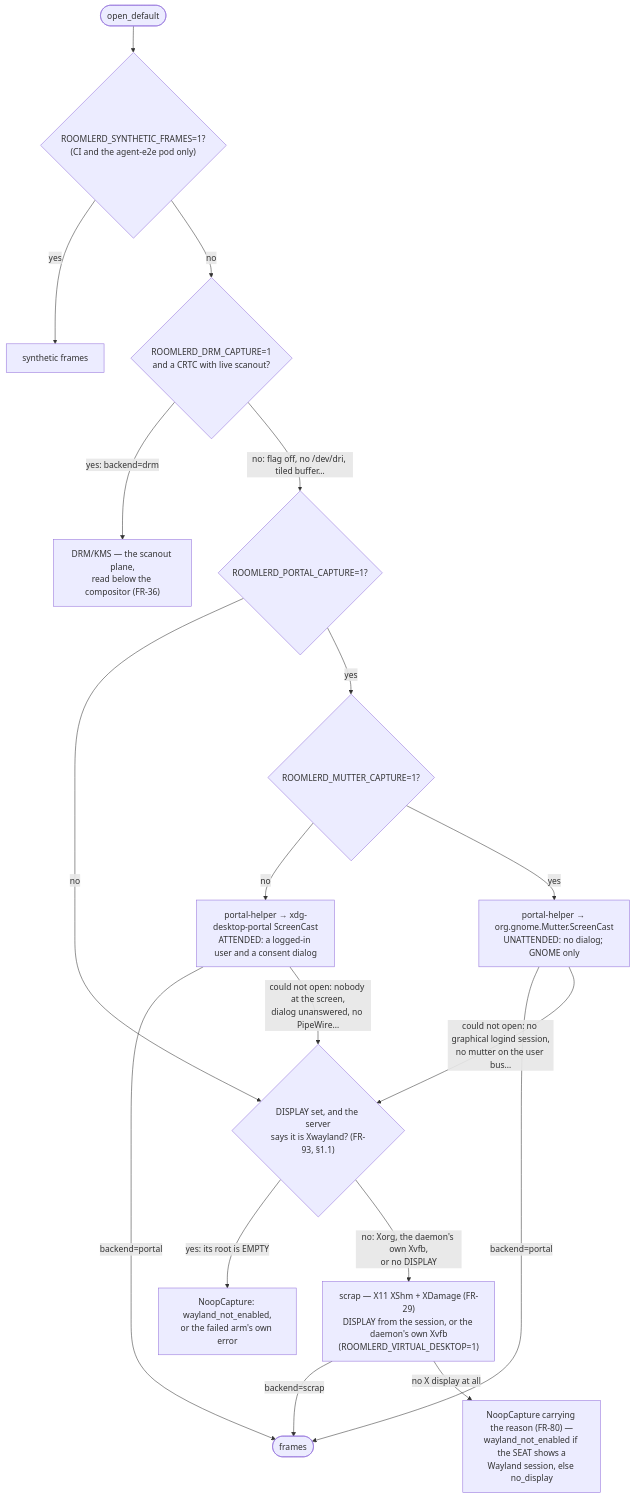
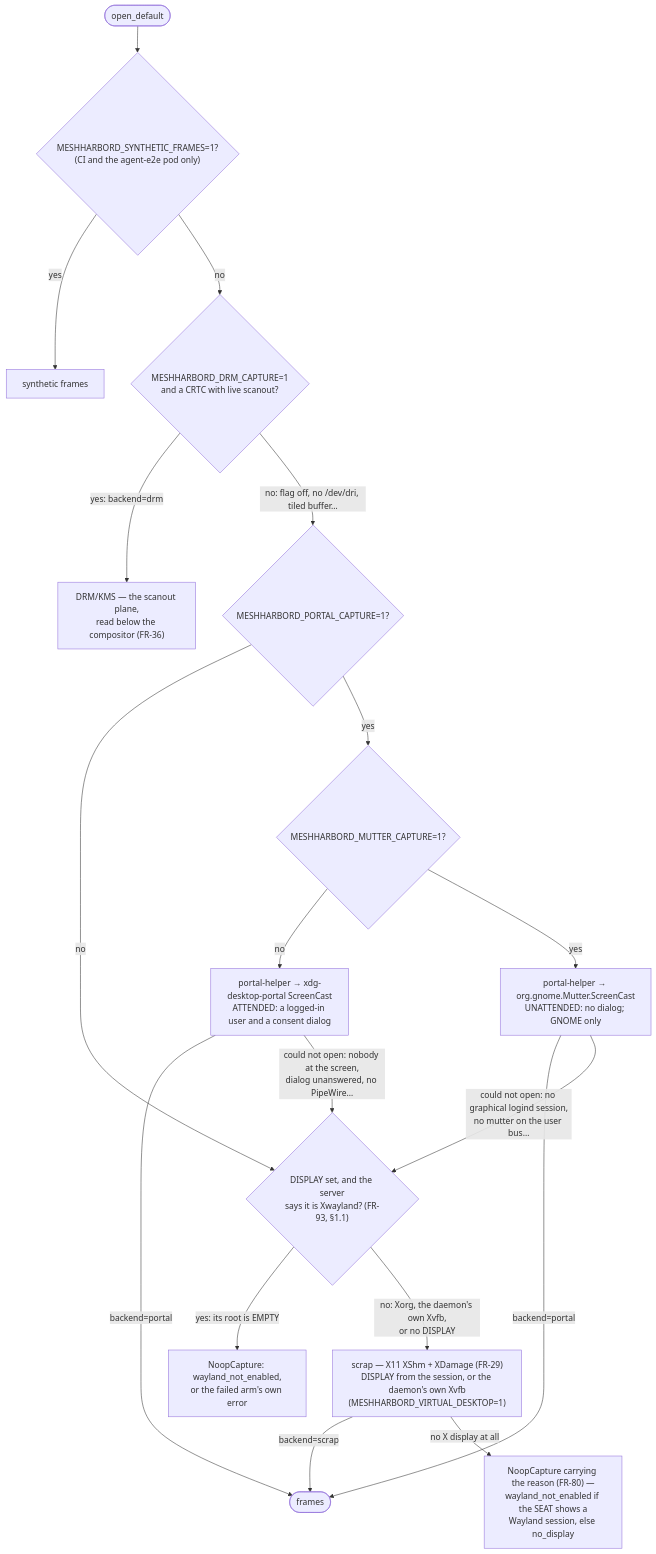
One commit to jk-zhang-meta/MeshHarbor changed the first of 20 diagrams in docs/linux-capture.md. Above: the diagram before and after it, drawn with Mermaid. The commit also changed other lines of this file and 730 other files, not shown here.

````diff
--- a/docs/linux-capture.md
+++ b/docs/linux-capture.md
@@ -30,21 +30,21 @@
 ```mermaid
 flowchart TD
-    S([open_default]) --> SY{"ROOMLERD_SYNTHETIC_FRAMES=1?<br/>(CI and the agent-e2e pod only)"}
+    S([open_default]) --> SY{"MESHHARBORD_SYNTHETIC_FRAMES=1?<br/>(CI and the agent-e2e pod only)"}
     SY -- yes --> SYN[synthetic frames]
-    SY -- no --> D{"ROOMLERD_DRM_CAPTURE=1<br/>and a CRTC with live scanout?"}
+    SY -- no --> D{"MESHHARBORD_DRM_CAPTURE=1<br/>and a CRTC with live scanout?"}
     D -- "yes: backend=drm" --> DRM["DRM/KMS — the scanout plane,<br/>read below the compositor (FR-36)"]
-    D -- "no: flag off, no /dev/dri, tiled buffer…" --> P{"ROOMLERD_PORTAL_CAPTURE=1?"}
+    D -- "no: flag off, no /dev/dri, tiled buffer…" --> P{"MESHHARBORD_PORTAL_CAPTURE=1?"}
     P -- no --> XW
-    P -- yes --> PS{"ROOMLERD_MUTTER_CAPTURE=1?"}
+    P -- yes --> PS{"MESHHARBORD_MUTTER_CAPTURE=1?"}
     PS -- no --> PORT["portal-helper → xdg-desktop-portal ScreenCast<br/>ATTENDED: a logged-in user and a consent dialog"]
     PS -- yes --> MUT["portal-helper → org.gnome.Mutter.ScreenCast<br/>UNATTENDED: no dialog; GNOME only"]
     PORT -- "backend=portal" --> OK([frames])
     MUT -- "backend=portal" --> OK
     PORT -- "could not open: nobody at the screen,<br/>dialog unanswered, no PipeWire…" --> XW
     MUT -- "could not open: no graphical logind session,<br/>no mutter on the user bus…" --> XW
     XW{"DISPLAY set, and the server<br/>says it is Xwayland? (FR-93, §1.1)"}
     XW -- "yes: its root is EMPTY" --> W["NoopCapture: wayland_not_enabled,<br/>or the failed arm's own error"]
     XW -- "no: Xorg, the daemon's own Xvfb,<br/>or no DISPLAY" --> X
-    X["scrap — X11 XShm + XDamage (FR-29)<br/>DISPLAY from the session, or the daemon's own Xvfb<br/>(ROOMLERD_VIRTUAL_DESKTOP=1)"] -- "backend=scrap" --> OK
+    X["scrap — X11 XShm + XDamage (FR-29)<br/>DISPLAY from the session, or the daemon's own Xvfb<br/>(MESHHARBORD_VIRTUAL_DESKTOP=1)"] -- "backend=scrap" --> OK
     X -- "no X display at all" --> N["NoopCapture carrying the reason (FR-80) —<br/>wayland_not_enabled if the SEAT shows a<br/>Wayland session, else no_display"]
 ```
````
